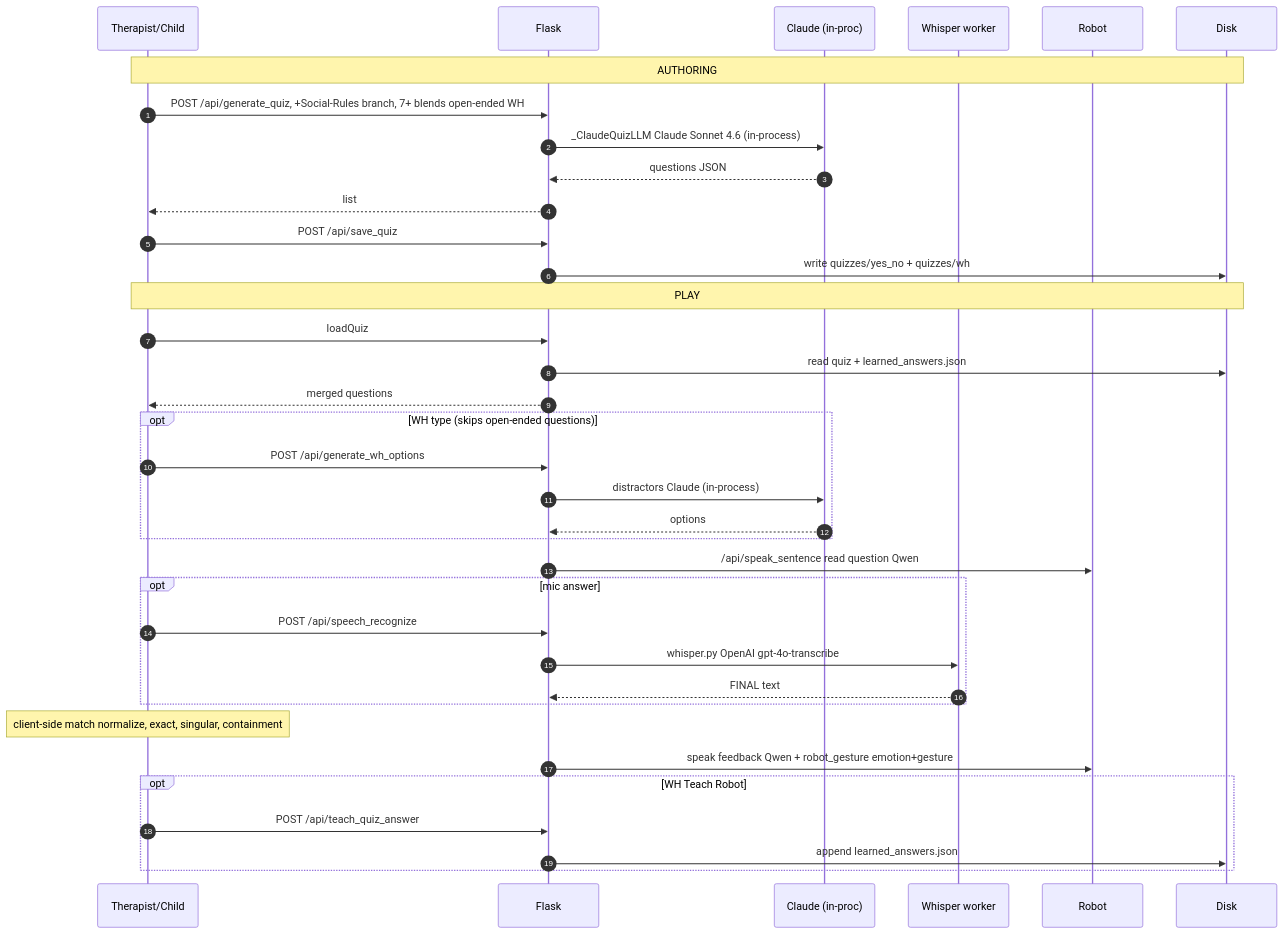
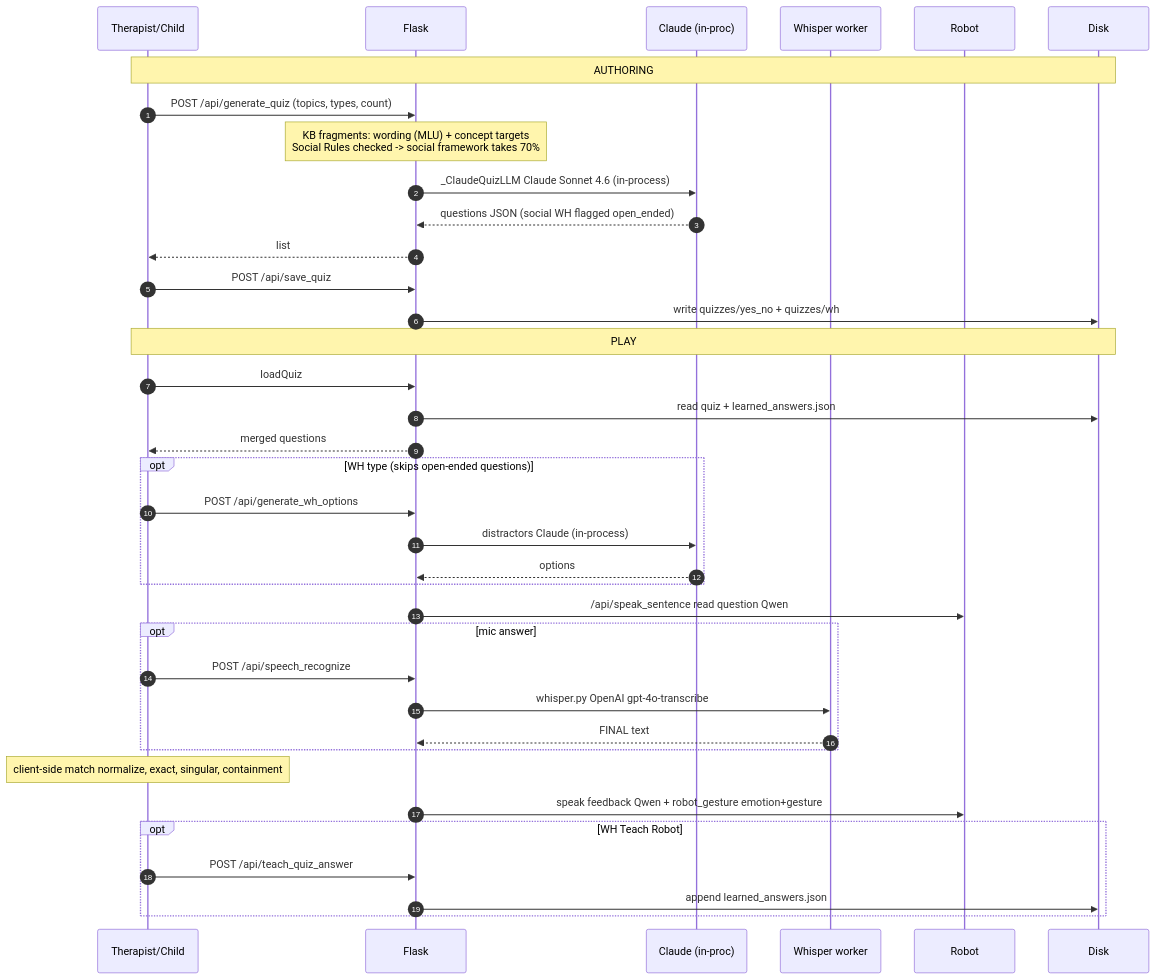
One commit to soominimini/LLM_integrated_robot_dashboard changed the fifth of 6 diagrams in ARCHITECTURE.md. Above: the diagram before and after it, drawn with Mermaid. The commit also changed other lines of this file and 373 other files, not shown here.

````diff
--- a/ARCHITECTURE.md
+++ b/ARCHITECTURE.md
@@ -772,38 +925,39 @@
 ```mermaid
 sequenceDiagram
     autonumber
     participant U as Therapist/Child
     participant F as Flask
     participant CL as Claude (in-proc)
     participant W as Whisper worker
     participant R as Robot
     participant D as Disk
     Note over U,D: AUTHORING
-    U->>F: POST /api/generate_quiz, +Social-Rules branch, 7+ blends open-ended WH
+    U->>F: POST /api/generate_quiz (topics, types, count)
+    Note over F: KB fragments: wording (MLU) + concept targets<br/>Social Rules checked -> social framework takes 70%
     F->>CL: _ClaudeQuizLLM Claude Sonnet 4.6 (in-process)
-    CL-->>F: questions JSON
+    CL-->>F: questions JSON (social WH flagged open_ended)
     F-->>U: list
     U->>F: POST /api/save_quiz
     F->>D: write quizzes/yes_no + quizzes/wh
     Note over U,D: PLAY
     U->>F: loadQuiz
     F->>D: read quiz + learned_answers.json
     F-->>U: merged questions
     opt WH type (skips open-ended questions)
         U->>F: POST /api/generate_wh_options
         F->>CL: distractors Claude (in-process)
         CL-->>F: options
     end
     F->>R: /api/speak_sentence read question Qwen
     opt mic answer
         U->>F: POST /api/speech_recognize
         F->>W: whisper.py OpenAI gpt-4o-transcribe
         W-->>F: FINAL text
     end
     Note over U: client-side match normalize, exact, singular, containment
     F->>R: speak feedback Qwen + robot_gesture emotion+gesture
     opt WH Teach Robot
         U->>F: POST /api/teach_quiz_answer
         F->>D: append learned_answers.json
     end
 ```
````
